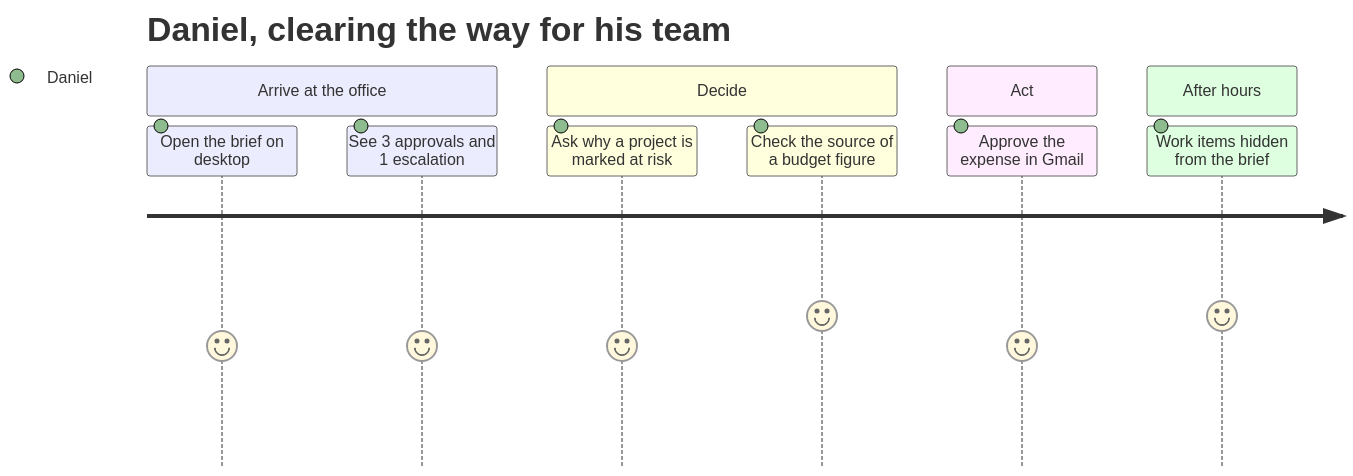
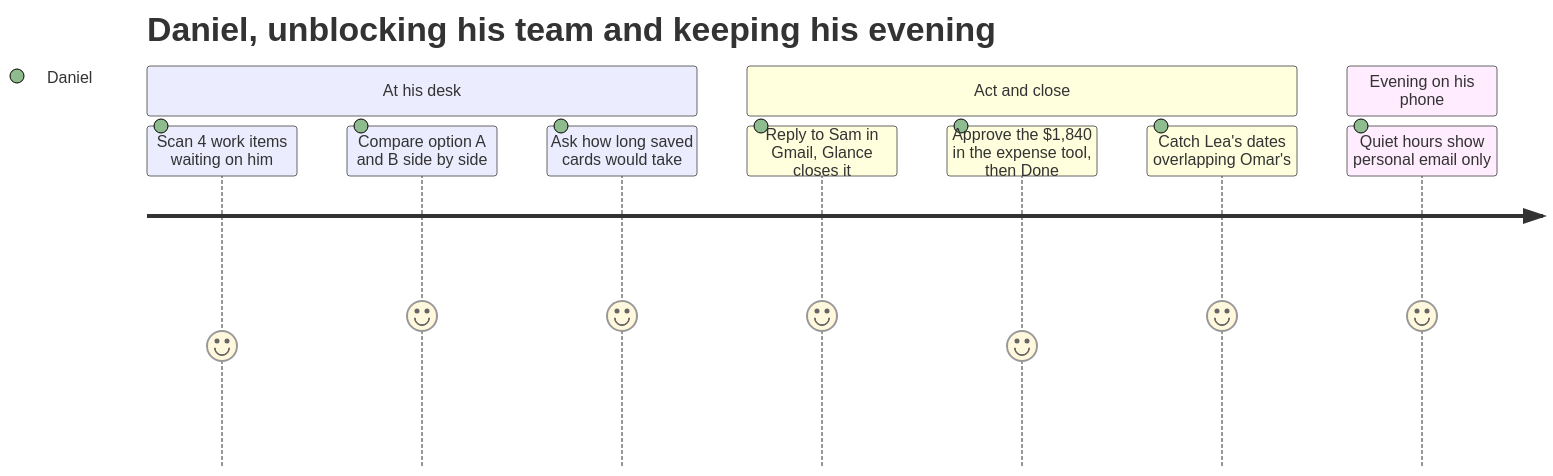
Before and after one commit to shuhaoshang/glance-mail: the third of 7 diagrams in docs/product-brief.md, drawn with Mermaid. The commit also changed other lines of this file and 97 other files, not shown here.

````diff
--- a/docs/product-brief.md
+++ b/docs/product-brief.md
@@ -173,14 +198,14 @@
 ```mermaid
 journey
-  title Daniel, clearing the way for his team
-  section Arrive at the office
-    Open the brief on desktop: 4: Daniel
-    See 3 approvals and 1 escalation: 4: Daniel
-  section Decide
-    Ask why a project is marked at risk: 4: Daniel
-    Check the source of a budget figure: 5: Daniel
-  section Act
-    Approve the expense in Gmail: 4: Daniel
-  section After hours
-    Work items hidden from the brief: 5: Daniel
+  title Daniel, unblocking his team and keeping his evening
+  section At his desk
+    Scan 4 work items waiting on him: 4: Daniel
+    Compare option A and B side by side: 5: Daniel
+    Ask how long saved cards would take: 5: Daniel
+  section Act and close
+    Reply to Sam in Gmail, Glance closes it: 5: Daniel
+    Approve the $1,840 in the expense tool, then Done: 4: Daniel
+    Catch Lea's dates overlapping Omar's: 5: Daniel
+  section Evening on his phone
+    Quiet hours show personal email only: 5: Daniel
 ```
````
